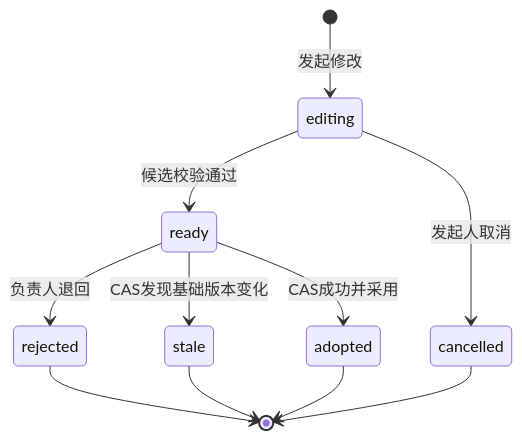
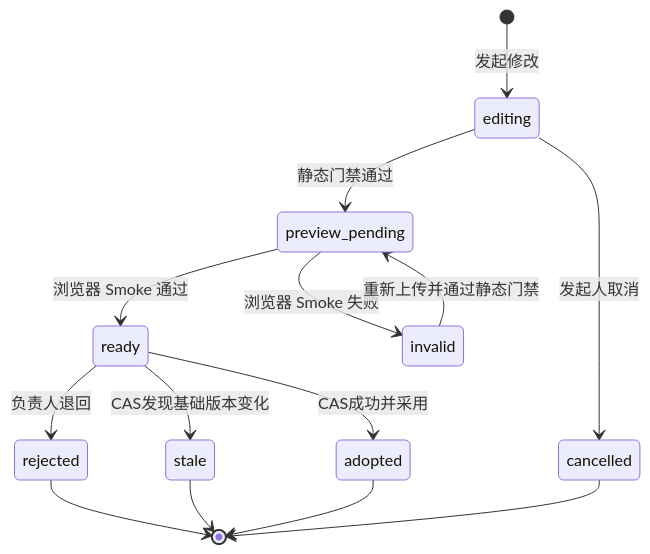
The sixth of 6 diagrams in docs/prototypes/lightweight-collaboration-mvp/FULL_DESIGN.md (Dylan5237/prototype-manager), drawn with Mermaid before and after one commit. The commit also changed other lines of this file and 10 other files, not shown here.

````diff
--- a/docs/prototypes/lightweight-collaboration-mvp/FULL_DESIGN.md
+++ b/docs/prototypes/lightweight-collaboration-mvp/FULL_DESIGN.md
@@ -204,13 +208,16 @@
 ```mermaid
 stateDiagram-v2
     [*] --> editing: 发起修改
-    editing --> ready: 候选校验通过
+    editing --> preview_pending: 静态门禁通过
+    preview_pending --> ready: 浏览器 Smoke 通过
+    preview_pending --> invalid: 浏览器 Smoke 失败
+    invalid --> preview_pending: 重新上传并通过静态门禁
     editing --> cancelled: 发起人取消
     ready --> adopted: CAS成功并采用
     ready --> rejected: 负责人退回
     ready --> stale: CAS发现基础版本变化
     rejected --> [*]
     stale --> [*]
     adopted --> [*]
     cancelled --> [*]
 ```
````
